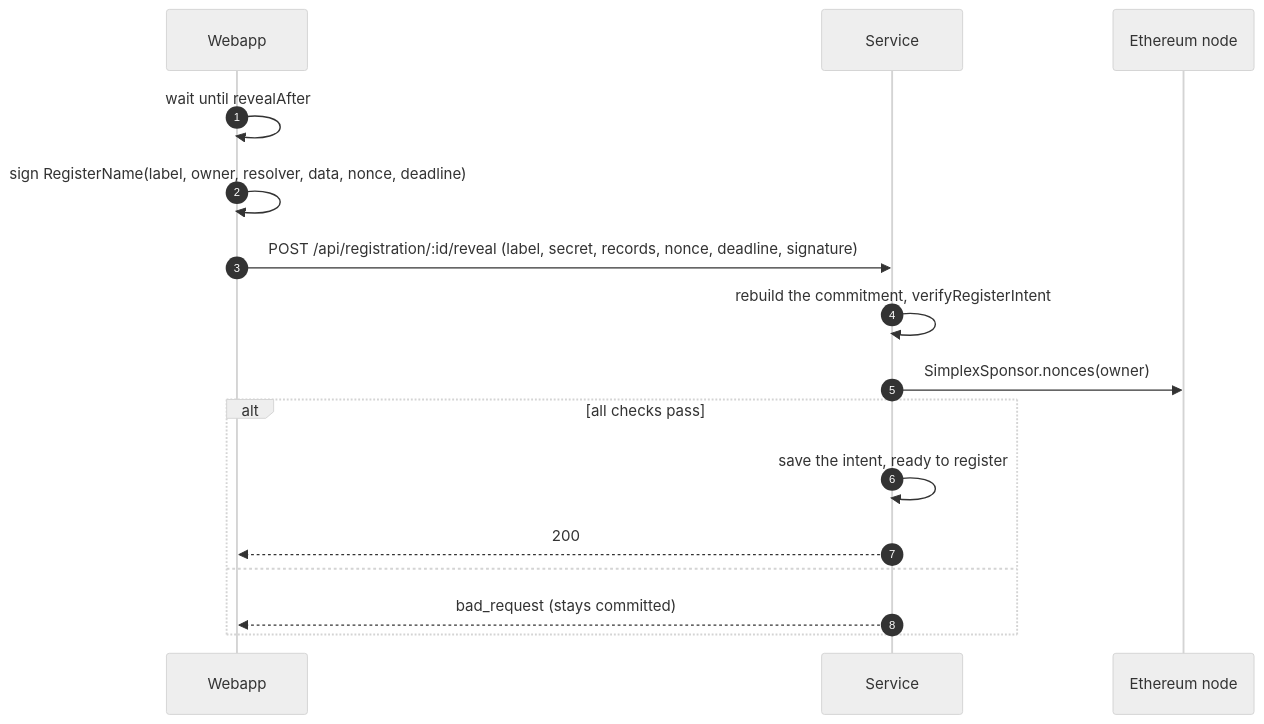
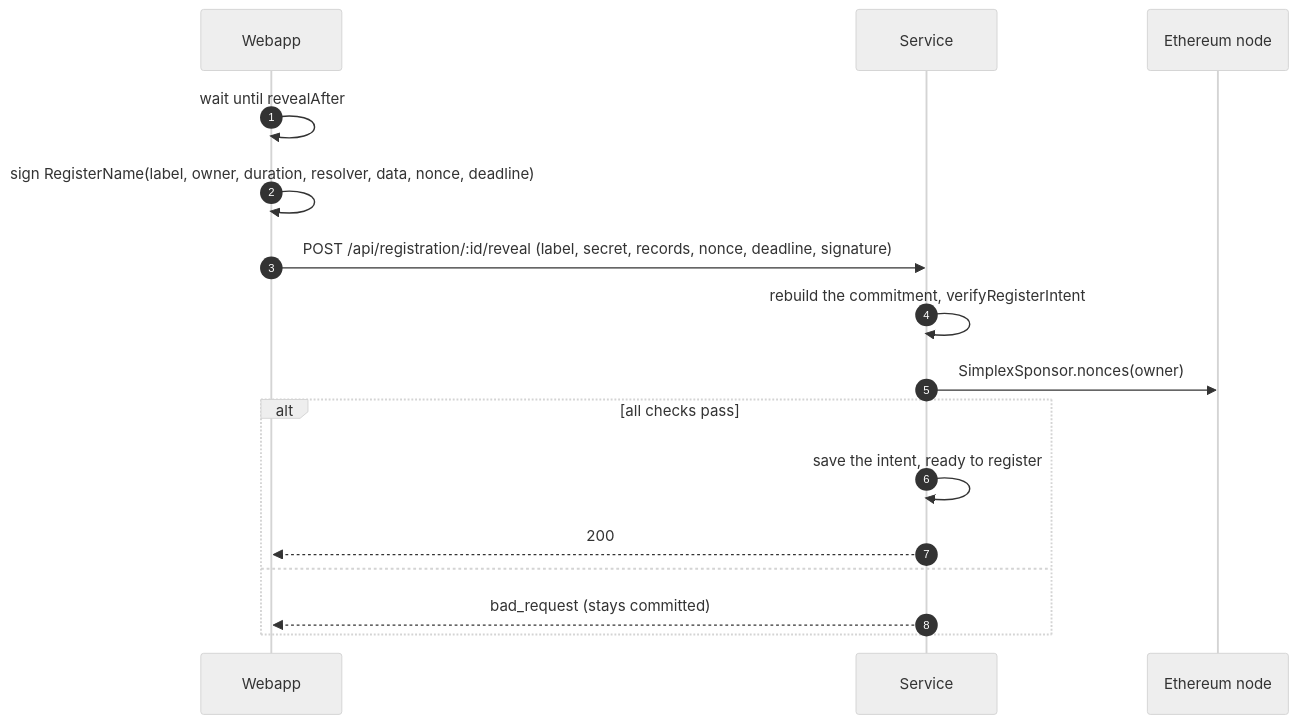
The eighth of 21 diagrams in plans/names-codes/2026-10-13-names-sequence.md (simplex-chat/simplex-chat), drawn with Mermaid (neutral theme) before and after one commit. The commit also changed other lines of this file and 6 other files, not shown here.

````diff
--- a/plans/names-codes/2026-10-13-names-sequence.md
+++ b/plans/names-codes/2026-10-13-names-sequence.md
@@ -320,18 +320,18 @@
 ```mermaid
 sequenceDiagram
   autonumber
   participant W as Webapp
   participant S as Service
   participant E as Ethereum node
   W->>W: wait until revealAfter
-  W->>W: sign RegisterName(label, owner, resolver, data, nonce, deadline)
+  W->>W: sign RegisterName(label, owner, duration, resolver, data, nonce, deadline)
   W->>S: POST /api/registration/:id/reveal (label, secret, records, nonce, deadline, signature)
   S->>S: rebuild the commitment, verifyRegisterIntent
   S->>E: SimplexSponsor.nonces(owner)
   alt all checks pass
     S->>S: save the intent, ready to register
     S-->>W: 200
   else
     S-->>W: bad_request (stays committed)
   end
 ```
````
